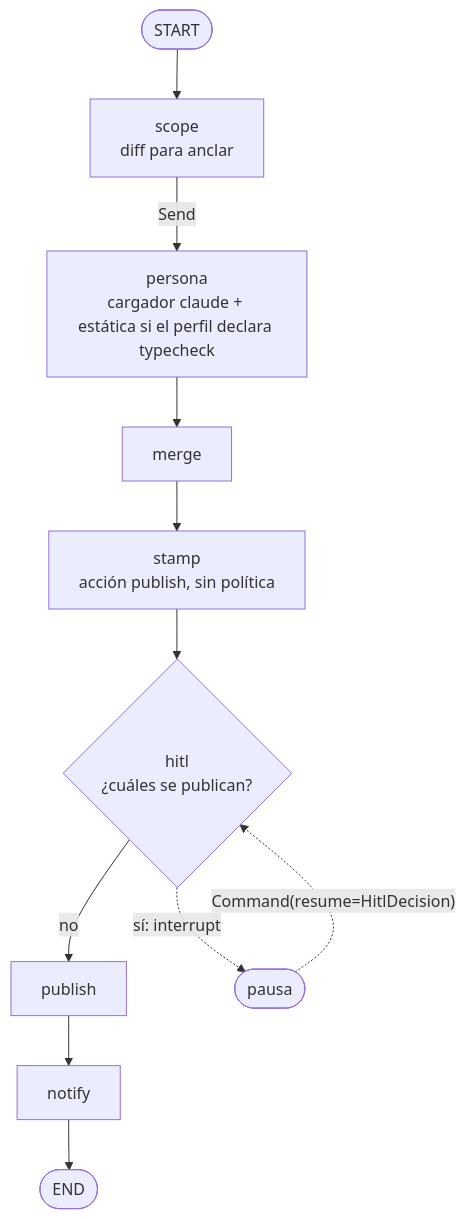
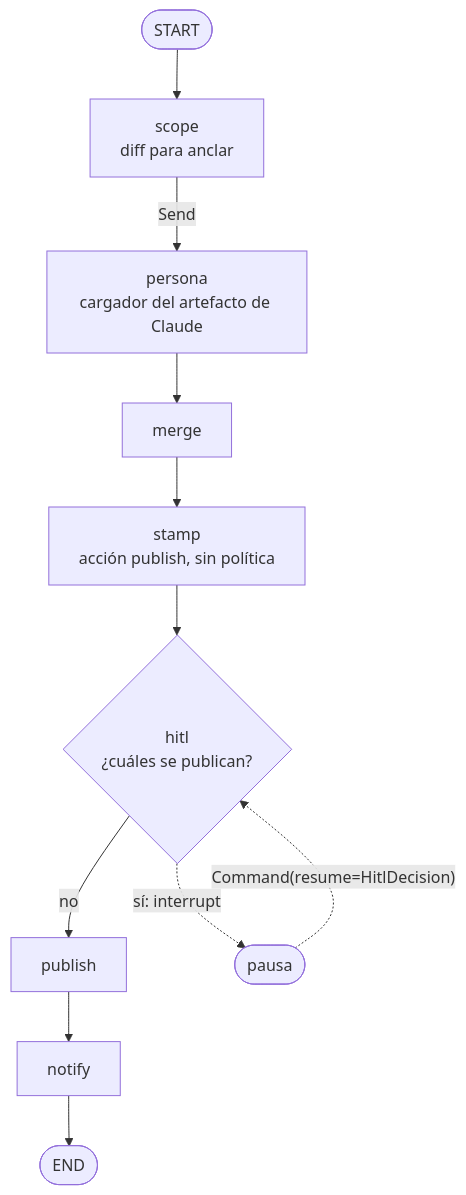
Before and after one commit to pcgarat/agent-review-langgraph: the fourth of 7 diagrams in docs/arquitectura.md, drawn with Mermaid. The commit also changed other lines of this file and 25 other files, not shown here.

````diff
--- a/docs/arquitectura.md
+++ b/docs/arquitectura.md
@@ -190,13 +190,13 @@
 ```mermaid
 flowchart TD
     START([START]) --> scope
     scope["scope<br/>diff para anclar"] -->|"Send"| persona
-    persona["persona<br/>cargador claude + estática si el perfil declara typecheck"] --> merge
+    persona["persona<br/>cargador del artefacto de Claude"] --> merge
     merge --> stamp
     stamp["stamp<br/>acción publish, sin política"] --> hitl
     hitl{"hitl<br/>¿cuáles se publican?"} -->|no| publish
     hitl -.->|"sí: interrupt"| PAUSE(["pausa"])
     PAUSE -.->|"Command(resume=HitlDecision)"| hitl
     publish --> notify
     notify --> END([END])
 ```
````
